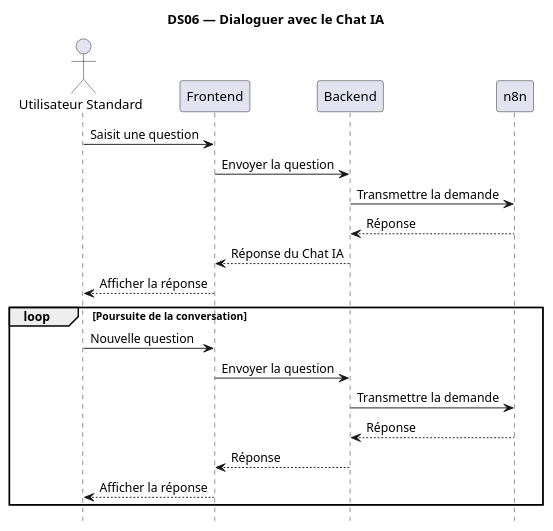
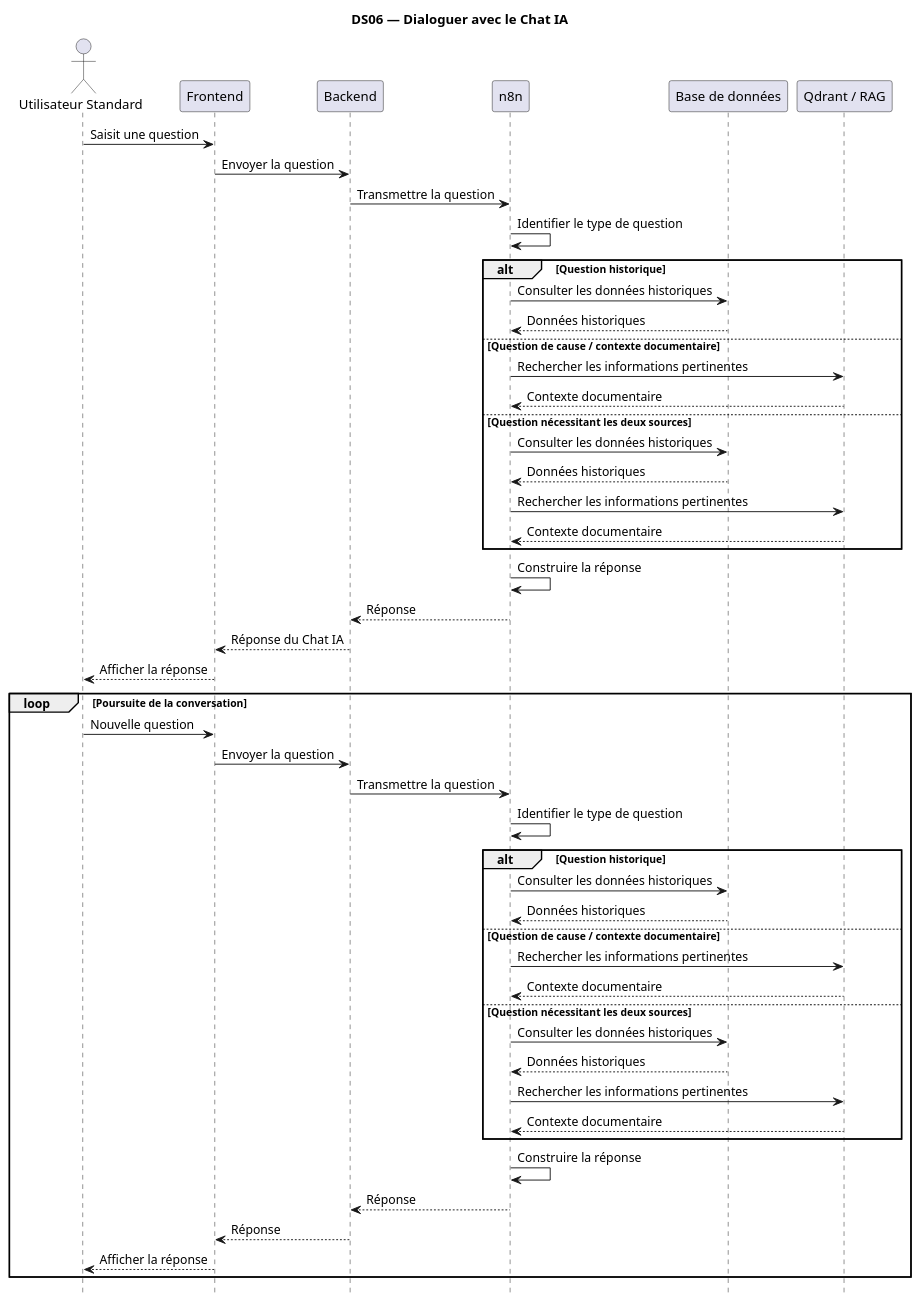
The diagram in UML_JeryMotro/DS06_Dialoguer_chat_IA.plantuml (TkAbeleon/NoteAcemiqueProjetSoutenanceL3), drawn with PlantUML before and after one commit.

Commit message:
Corriger DS06 Chat IA selon le fonctionnement n8n, base de données et RAG/Qdrant

```diff
--- a/UML_JeryMotro/DS06_Dialoguer_chat_IA.plantuml
+++ b/UML_JeryMotro/DS06_Dialoguer_chat_IA.plantuml
@@ -1,28 +1,65 @@
 @startuml
 
 title DS06 — Dialoguer avec le Chat IA
 hide footbox
 skinparam shadowing false
 
 actor "Utilisateur Standard" as U
 participant "Frontend" as F
 participant "Backend" as B
 participant "n8n" as N8N
+participant "Base de données" as DB
+participant "Qdrant / RAG" as RAG
 
 U -> F : Saisit une question
 F -> B : Envoyer la question
-B -> N8N : Transmettre la demande
+B -> N8N : Transmettre la question
+
+N8N -> N8N : Identifier le type de question
+
+alt Question historique
+    N8N -> DB : Consulter les données historiques
+    DB --> N8N : Données historiques
+
+else Question de cause / contexte documentaire
+    N8N -> RAG : Rechercher les informations pertinentes
+    RAG --> N8N : Contexte documentaire
+
+else Question nécessitant les deux sources
+    N8N -> DB : Consulter les données historiques
+    DB --> N8N : Données historiques
+    N8N -> RAG : Rechercher les informations pertinentes
+    RAG --> N8N : Contexte documentaire
+end
+
+N8N -> N8N : Construire la réponse
 N8N --> B : Réponse
 B --> F : Réponse du Chat IA
 F --> U : Afficher la réponse
 
 loop Poursuite de la conversation
     U -> F : Nouvelle question
     F -> B : Envoyer la question
-    B -> N8N : Transmettre la demande
+    B -> N8N : Transmettre la question
+    N8N -> N8N : Identifier le type de question
+
+    alt Question historique
+        N8N -> DB : Consulter les données historiques
+        DB --> N8N : Données historiques
+    else Question de cause / contexte documentaire
+        N8N -> RAG : Rechercher les informations pertinentes
+        RAG --> N8N : Contexte documentaire
+    else Question nécessitant les deux sources
+        N8N -> DB : Consulter les données historiques
+        DB --> N8N : Données historiques
+        N8N -> RAG : Rechercher les informations pertinentes
+        RAG --> N8N : Contexte documentaire
+    end
+
+    N8N -> N8N : Construire la réponse
     N8N --> B : Réponse
     B --> F : Réponse
     F --> U : Afficher la réponse
 end
 
 @enduml
```
